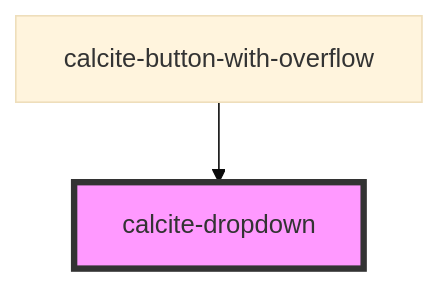
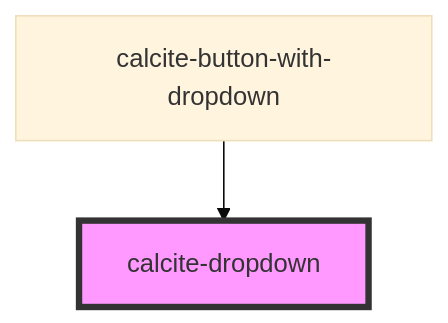
One commit to vikivakarvc/calcite-design-system changed the diagram in src/components/calcite-dropdown/readme.md. Above: the diagram before and after it, drawn with Mermaid (base theme). The commit also changed other lines of this file and 8 other files, not shown here.

Commit message:
Rename to calcite-button-with-dropdown

````diff
--- a/src/components/calcite-dropdown/readme.md
+++ b/src/components/calcite-dropdown/readme.md
@@ -61,5 +61,5 @@
 ```mermaid
 graph TD;
-  calcite-button-with-overflow --> calcite-dropdown
+  calcite-button-with-dropdown --> calcite-dropdown
   style calcite-dropdown fill:#f9f,stroke:#333,stroke-width:4px
 ```
````
